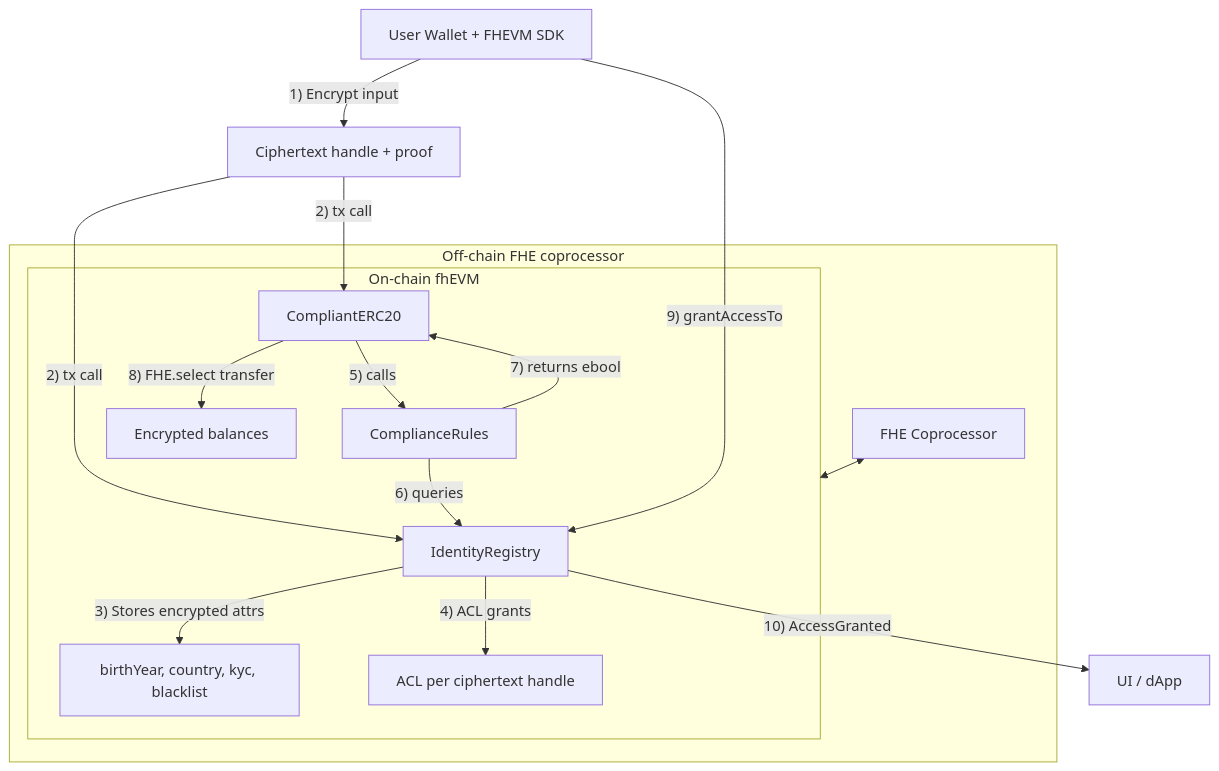
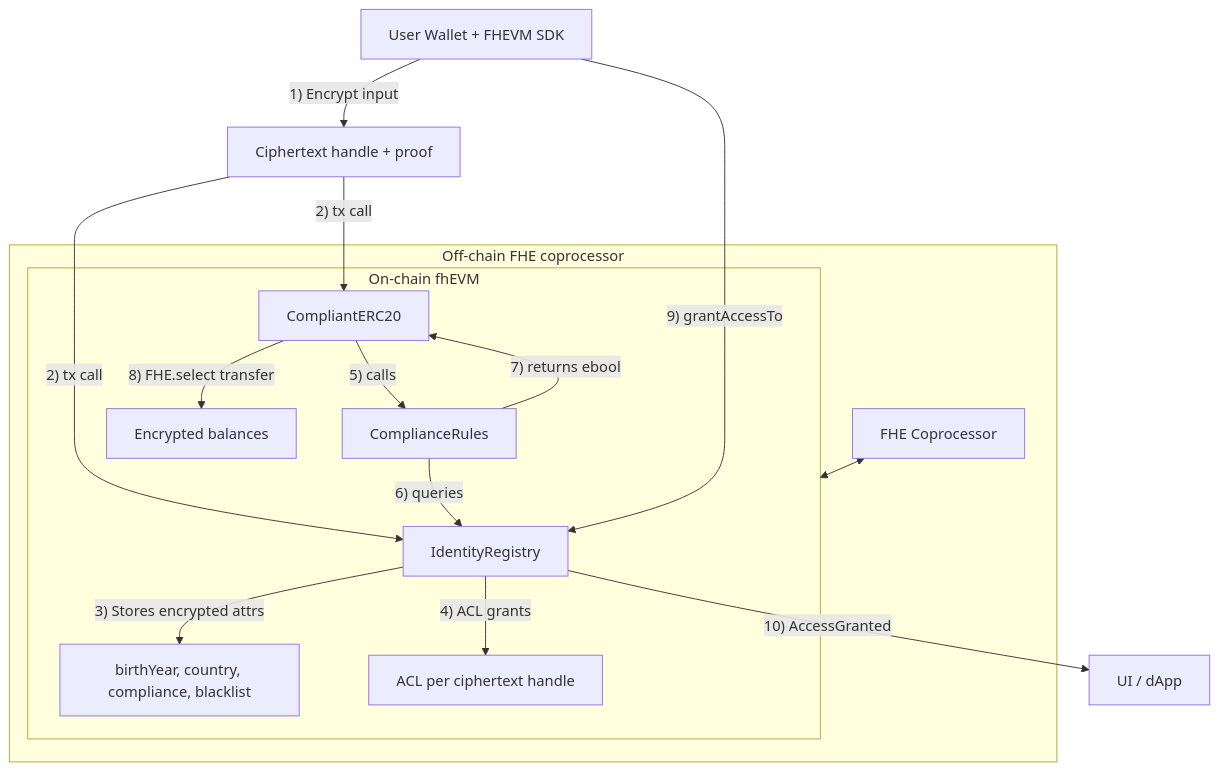
One commit to gustavovalverde/zentity changed the second of 11 diagrams in docs/web3-architecture.md. Above: the diagram before and after it, drawn with Mermaid. The commit also changed other lines of this file and 63 other files, not shown here.

First line of the commit message:
feat(web): migrate identity/compliance flow; remove KYC routes

````diff
--- a/docs/web3-architecture.md
+++ b/docs/web3-architecture.md
@@ -95,23 +95,23 @@
 ```mermaid
 flowchart TD
     User["User Wallet + FHEVM SDK"]
     User -- "1) Encrypt input" --> EncIn["Ciphertext handle + proof"]
     EncIn -- "2) tx call" --> IR["IdentityRegistry"]
     EncIn -- "2) tx call" --> ERC["CompliantERC20"]
 
     subgraph OnChain["On-chain fhEVM"]
-      IR -- "3) Stores encrypted attrs" --> IRState["birthYear, country, kyc, blacklist"]
+      IR -- "3) Stores encrypted attrs" --> IRState["birthYear, country, compliance, blacklist"]
       IR -- "4) ACL grants" --> ACL["ACL per ciphertext handle"]
       ERC -- "5) calls" --> CR["ComplianceRules"]
       CR -- "6) queries" --> IR
       CR -- "7) returns ebool" --> ERC
       ERC -- "8) FHE.select transfer" --> ERCState["Encrypted balances"]
     end
 
     subgraph OffChain["Off-chain FHE coprocessor"]
       FHE["FHE Coprocessor"] <--> OnChain
     end
 
     User -- "9) grantAccessTo" --> IR
     IR -- "10) AccessGranted" --> UI["UI / dApp"]
 ```
````
